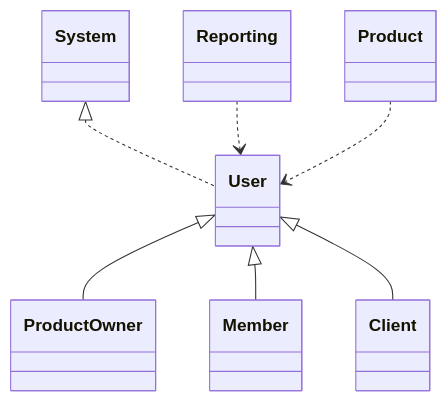
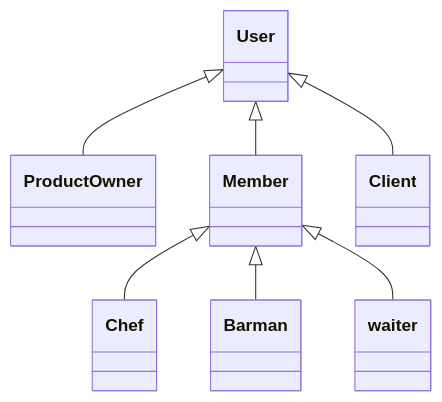
Before and after one commit to Brand-Web/Diagrams: the second of 4 diagrams in bw commnerce/class.md, drawn with Mermaid. The commit also changed other lines of this file, not shown here.

````diff
--- a/bw commnerce/class.md
+++ b/bw commnerce/class.md
@@ -50,40 +30,26 @@
 ```mermaid
 %%    <|--	Inheritance
 %%    \*--	Composition
 %%    o--	Aggregation
 %%    -->	Association
 %%    --	Link (Solid)
 %%    ..>	Dependency
 %%    ..|>	Realization
 %%    ..	Link (Dashed)
 classDiagram 
 
-   System  <|.. User 
    User <|-- ProductOwner
    User <|-- Member
+
    User <|-- Client
-   Reporting ..> User 
-   Product ..> User
+   Member <|-- Chef
+   Member <|-- Barman
+   Member <|-- waiter
 
-    class User{
+ 
 
-    }
-    class ProductOwner{
+  
 
-    }
-
-    class Member{
-
-    }
-    class Client{
-
-    }
-    
-    class Reporting{
-
-    }
-    class Product{
-
-    }
+  
 
 ```
````
